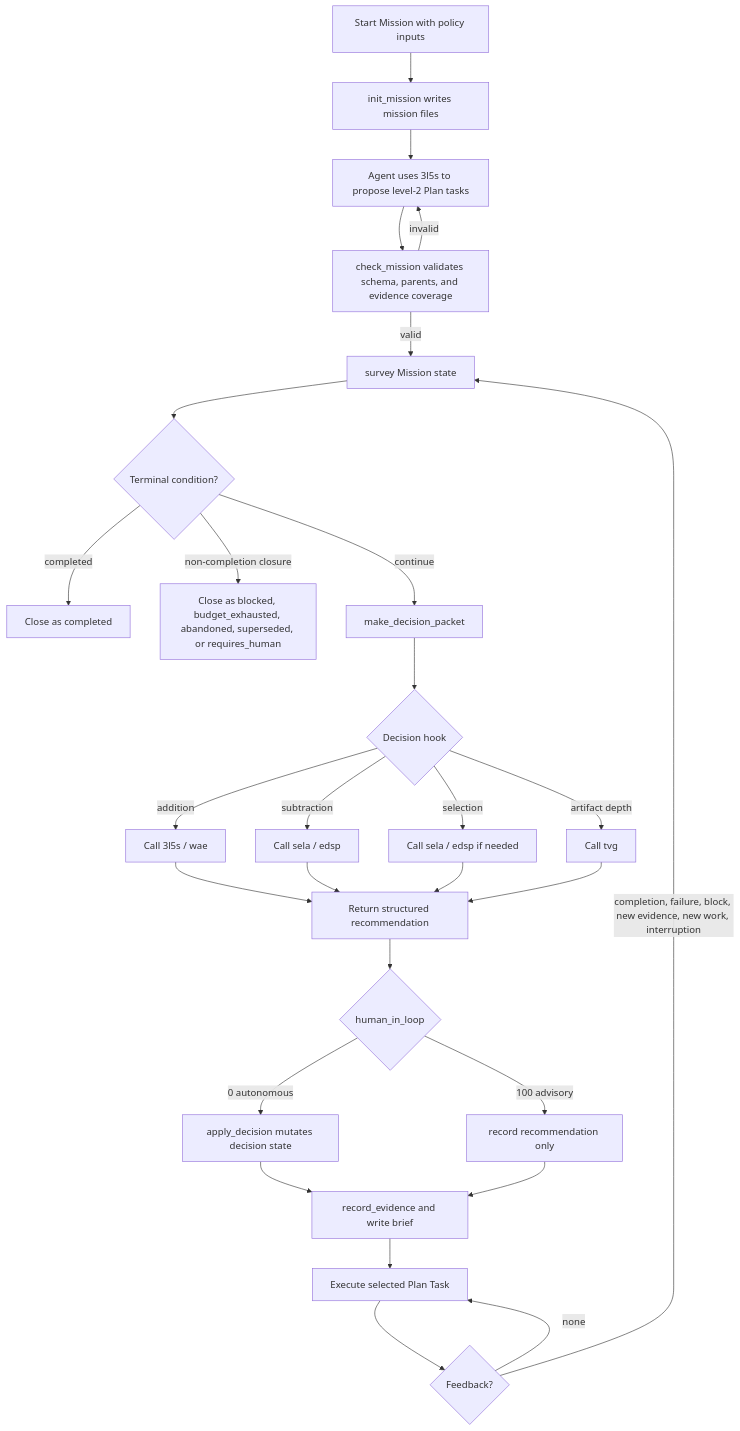
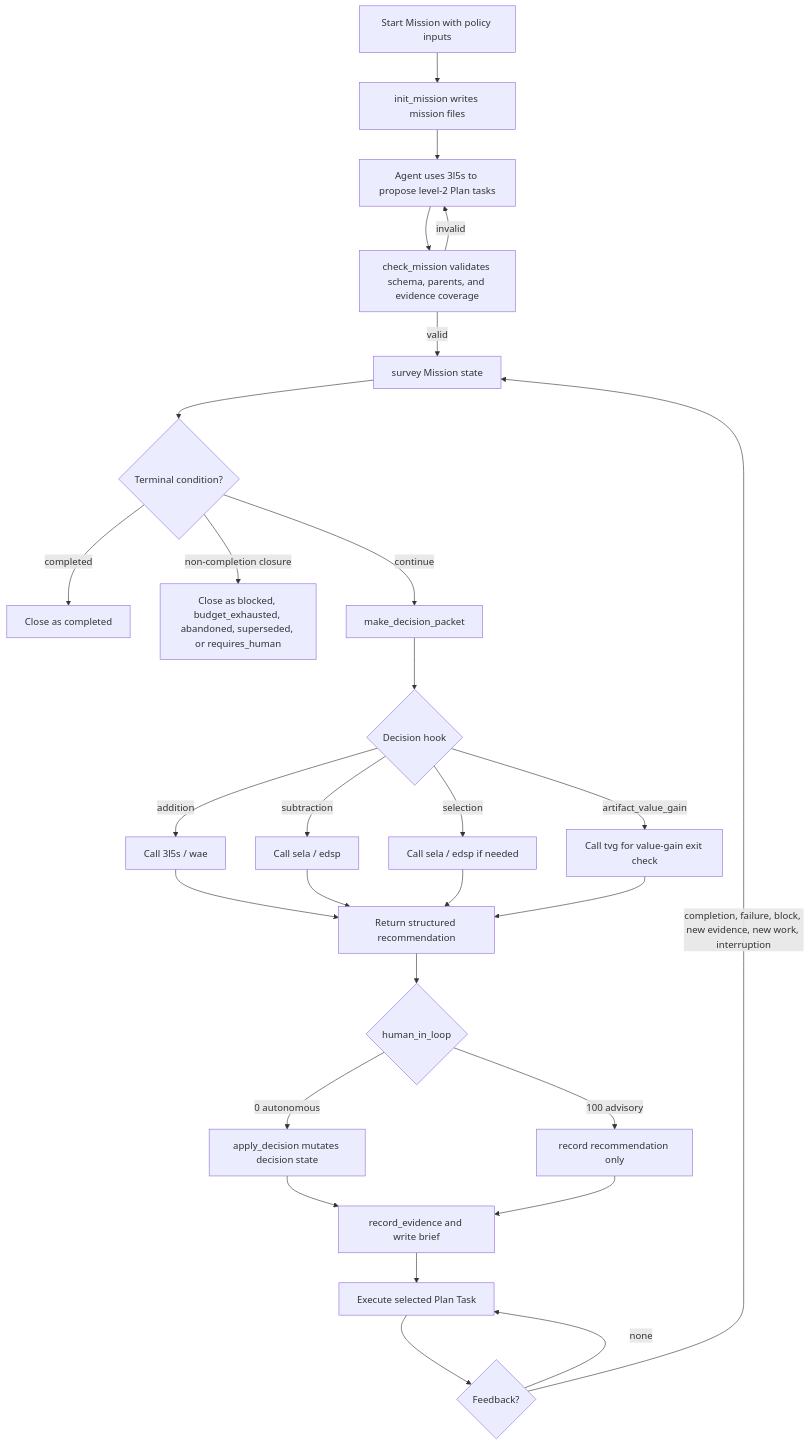
One commit to rv198-star/Mindthus changed the first of 2 diagrams in docs/superpowers/specs/2026-04-28-tplan-v0.1-design.md. Above: the diagram before and after it, drawn with Mermaid. The commit also changed other lines of this file and 31 other files, not shown here.

````diff
--- a/docs/superpowers/specs/2026-04-28-tplan-v0.1-design.md
+++ b/docs/superpowers/specs/2026-04-28-tplan-v0.1-design.md
@@ -215,30 +215,30 @@
 ```mermaid
 flowchart TD
   A[Start Mission with policy inputs] --> B[init_mission writes mission files]
   B --> C[Agent uses 3l5s to propose level-2 Plan tasks]
   C --> D[check_mission validates schema, parents, and evidence coverage]
   D -->|invalid| C
   D -->|valid| E[survey Mission state]
   E --> F{Terminal condition?}
   F -->|completed| Z[Close as completed]
   F -->|non-completion closure| Y[Close as blocked, budget_exhausted, abandoned, superseded, or requires_human]
   F -->|continue| G[make_decision_packet]
   G --> H{Decision hook}
   H -->|addition| I[Call 3l5s / wae]
   H -->|subtraction| J[Call sela / edsp]
   H -->|selection| K[Call sela / edsp if needed]
-  H -->|artifact depth| L[Call tvg]
+  H -->|artifact_value_gain| L[Call tvg for value-gain exit check]
   I --> M[Return structured recommendation]
   J --> M
   K --> M
   L --> M
   M --> N{human_in_loop}
   N -->|0 autonomous| O[apply_decision mutates decision state]
   N -->|100 advisory| P[record recommendation only]
   O --> Q[record_evidence and write brief]
   P --> Q
   Q --> R[Execute selected Plan Task]
   R --> S{Feedback?}
   S -->|none| R
   S -->|completion, failure, block, new evidence, new work, interruption| E
 ```
````
